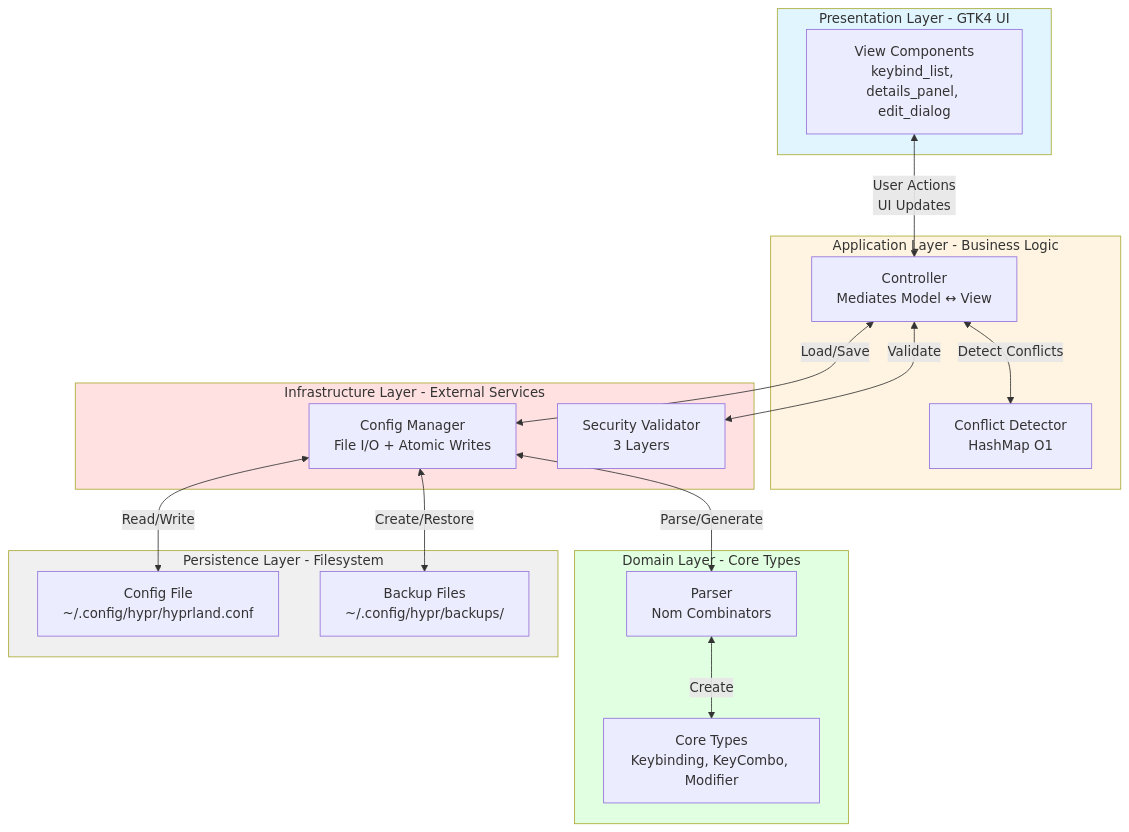
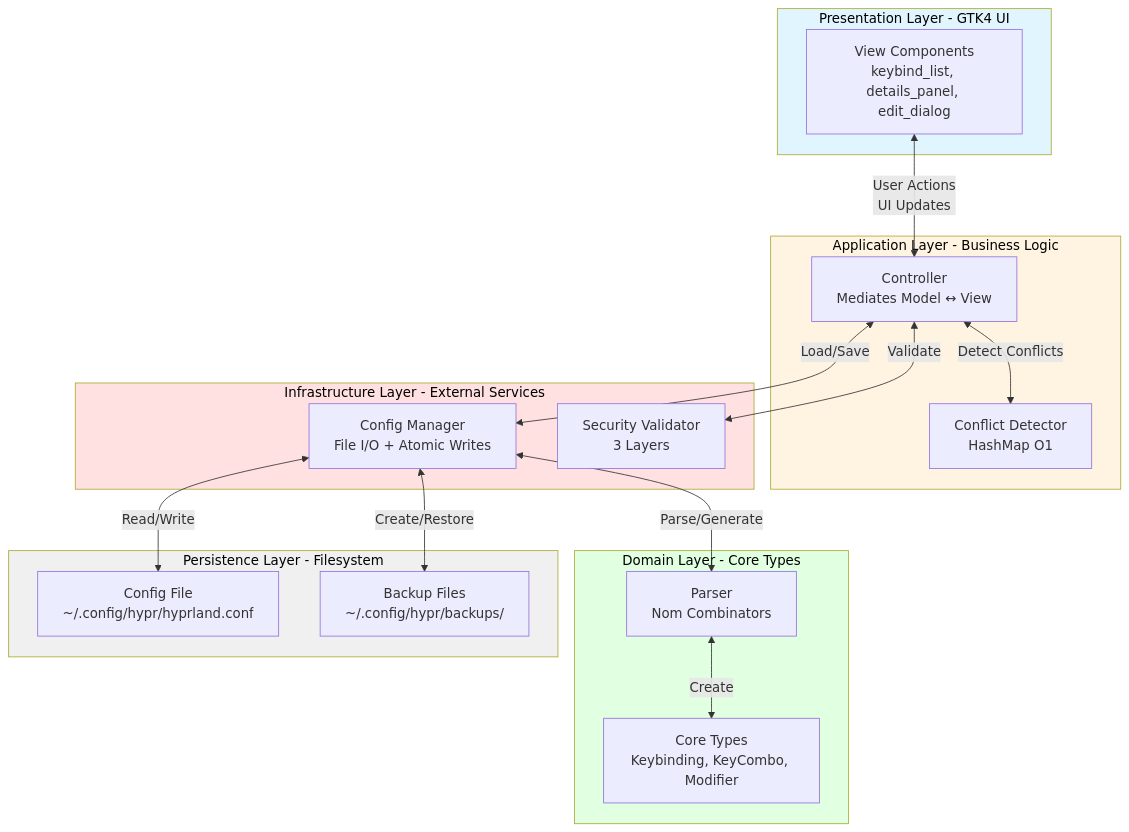
One commit to tidynest/hypr-keybind-manager changed the first of 7 diagrams in docs/ARCHITECTURE.md. Above: the diagram before and after it, drawn with Mermaid. The commit also changed other lines of this file and 2 other files, not shown here.

First line of the commit message:
docs: improve diagram readability and formatting for v1.0.1

````diff
--- a/docs/ARCHITECTURE.md
+++ b/docs/ARCHITECTURE.md
@@ -24,41 +24,41 @@
 ```mermaid
 graph TB
     subgraph Presentation [Presentation Layer - GTK4 UI]
         View[View Components<br/>keybind_list, details_panel, edit_dialog]
     end
 
     subgraph Application [Application Layer - Business Logic]
         Controller[Controller<br/>Mediates Model ↔ View]
         ConflictDetect[Conflict Detector<br/>HashMap O1]
     end
 
     subgraph Domain [Domain Layer - Core Types]
         Types[Core Types<br/>Keybinding, KeyCombo, Modifier]
         Parser[Parser<br/>Nom Combinators]
     end
 
     subgraph Infrastructure [Infrastructure Layer - External Services]
         ConfigMgr[Config Manager<br/>File I/O + Atomic Writes]
         Validator[Security Validator<br/>3 Layers]
     end
 
     subgraph Persistence [Persistence Layer - Filesystem]
         ConfigFile[Config File<br/>~/.config/hypr/hyprland.conf]
         Backups[Backup Files<br/>~/.config/hypr/backups/]
     end
 
     View <-->|User Actions<br/>UI Updates| Controller
     Controller <-->|Load/Save| ConfigMgr
     Controller <-->|Detect Conflicts| ConflictDetect
     Controller <-->|Validate| Validator
     ConfigMgr <-->|Parse/Generate| Parser
     Parser <-->|Create| Types
     ConfigMgr <-->|Read/Write| ConfigFile
     ConfigMgr <-->|Create/Restore| Backups
 
-    style Presentation fill:#e1f5ff
-    style Application fill:#fff4e1
-    style Domain fill:#e1ffe1
-    style Infrastructure fill:#ffe1e1
-    style Persistence fill:#f0f0f0
+    style Presentation fill:#e1f5ff,color:#000
+    style Application fill:#fff4e1,color:#000
+    style Domain fill:#e1ffe1,color:#000
+    style Infrastructure fill:#ffe1e1,color:#000
+    style Persistence fill:#f0f0f0,color:#000
 ```
````
